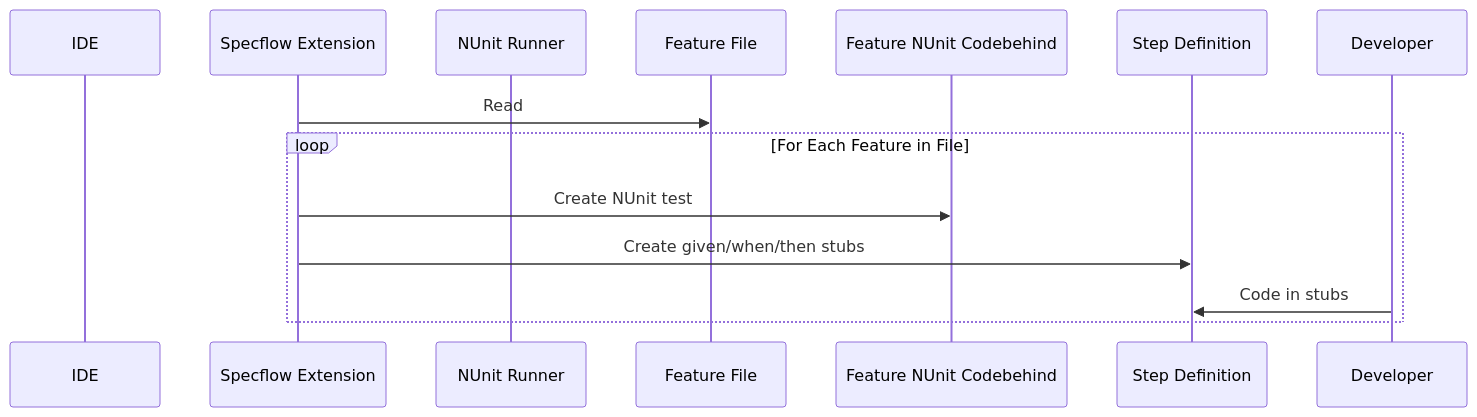
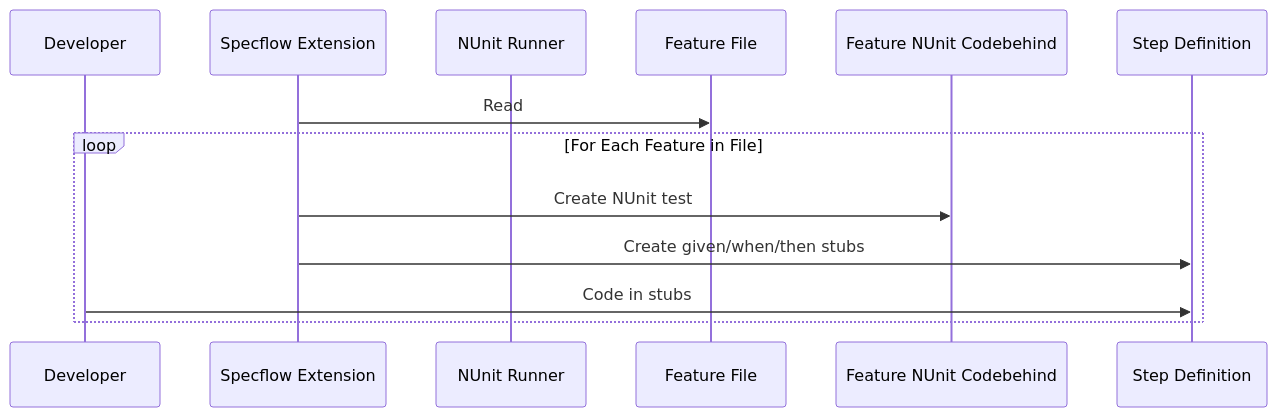
One commit to freemansoft/SimpleWebUITestEnvironment changed the second of 3 diagrams in README.md. Above: the diagram before and after it, drawn with Mermaid. The commit also changed other lines of this file, not shown here.

Commit message:
still playing with the drawings while the A/C is running

````diff
--- a/README.md
+++ b/README.md
@@ -23,17 +23,16 @@
 ```mermaid
 sequenceDiagram
-    participant IDE
+    participant Developer
     participant Specflow Extension
     participant NUnit Runner
     participant Feature File
     participant Feature NUnit Codebehind
     participant Step Definition
-    participant Developer
 
     Specflow Extension ->> Feature File: Read
     loop For Each Feature in File
         Specflow Extension ->> Feature NUnit Codebehind : Create NUnit test
         Specflow Extension ->> Step Definition : Create given/when/then stubs
         Developer ->> Step Definition : Code in stubs
     end    
 ```
````
